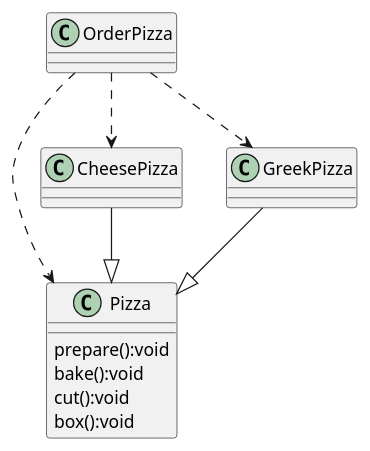
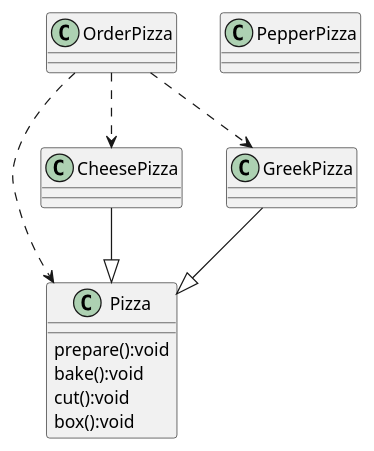
The diagram in src/pers/mtx/factory/simplefactory/pizzastore/uml.puml (mgtoxd/DesignPattern), drawn with PlantUML before and after one commit. The commit also changed 2 other files, not shown here.

```diff
--- a/src/pers/mtx/factory/simplefactory/pizzastore/uml.puml
+++ b/src/pers/mtx/factory/simplefactory/pizzastore/uml.puml
@@ -1,24 +1,26 @@
 @startuml
 
 class Pizza{
 prepare():void
 bake():void
 cut():void
 box():void
 }
 
 class CheesePizza
 
 
 class GreekPizza
 
 class OrderPizza
 
+class PepperPizza
+
 OrderPizza..>CheesePizza
 OrderPizza..>GreekPizza
 OrderPizza..>Pizza
 
 
 GreekPizza --|>Pizza
 CheesePizza --|>Pizza
 @enduml
```
